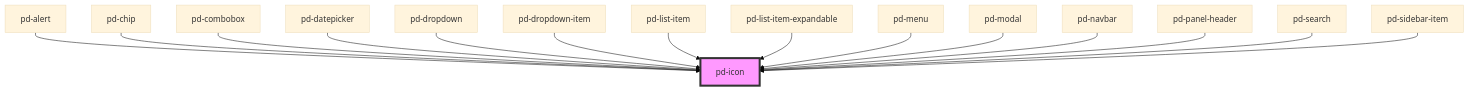
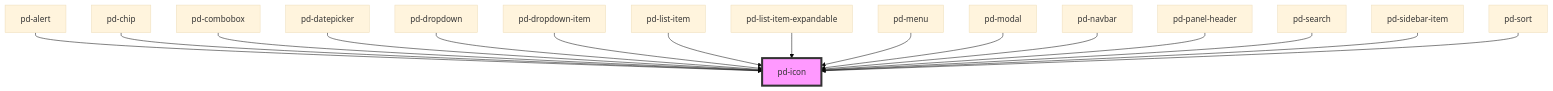
One commit to Lambda-IT/parlamentsdienste-components changed the diagram in packages/core/src/components/pd-icon/readme.md. Above: the diagram before and after it, drawn with Mermaid (base theme). The commit also changed other lines of this file and 15 other files, not shown here.

````diff
--- a/packages/core/src/components/pd-icon/readme.md
+++ b/packages/core/src/components/pd-icon/readme.md
@@ -92,18 +93,19 @@
 ```mermaid
 graph TD;
   pd-alert --> pd-icon
   pd-chip --> pd-icon
   pd-combobox --> pd-icon
   pd-datepicker --> pd-icon
   pd-dropdown --> pd-icon
   pd-dropdown-item --> pd-icon
   pd-list-item --> pd-icon
   pd-list-item-expandable --> pd-icon
   pd-menu --> pd-icon
   pd-modal --> pd-icon
   pd-navbar --> pd-icon
   pd-panel-header --> pd-icon
   pd-search --> pd-icon
   pd-sidebar-item --> pd-icon
+  pd-sort --> pd-icon
   style pd-icon fill:#f9f,stroke:#333,stroke-width:4px
 ```
````
